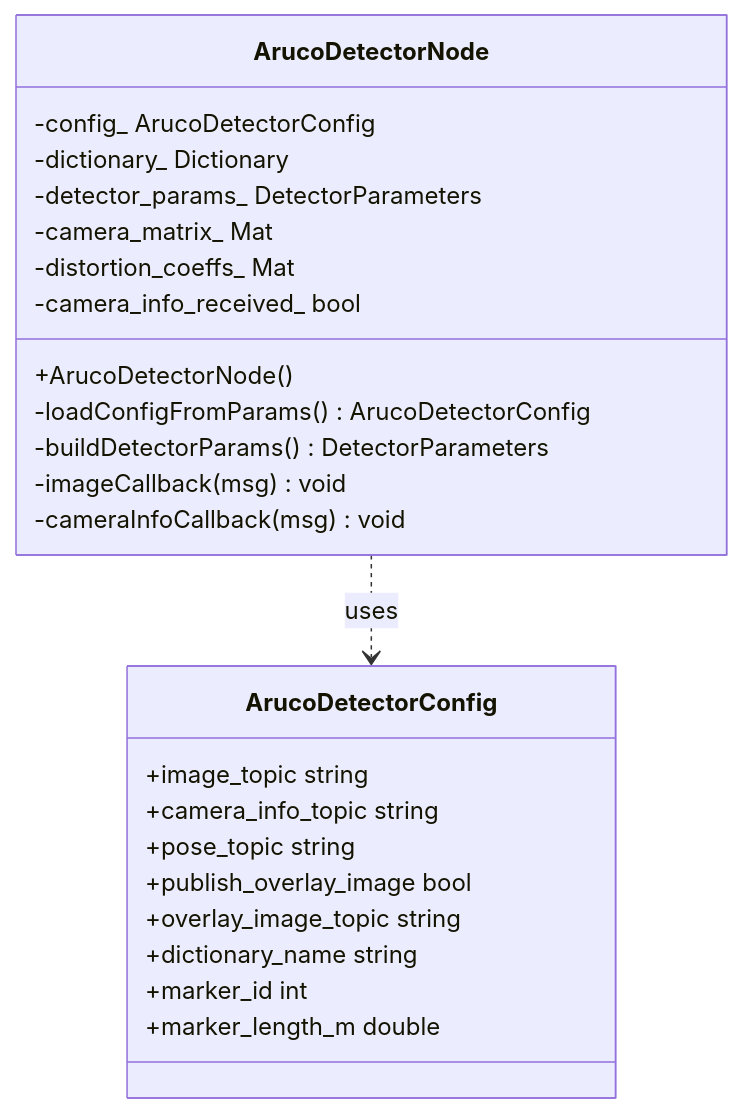
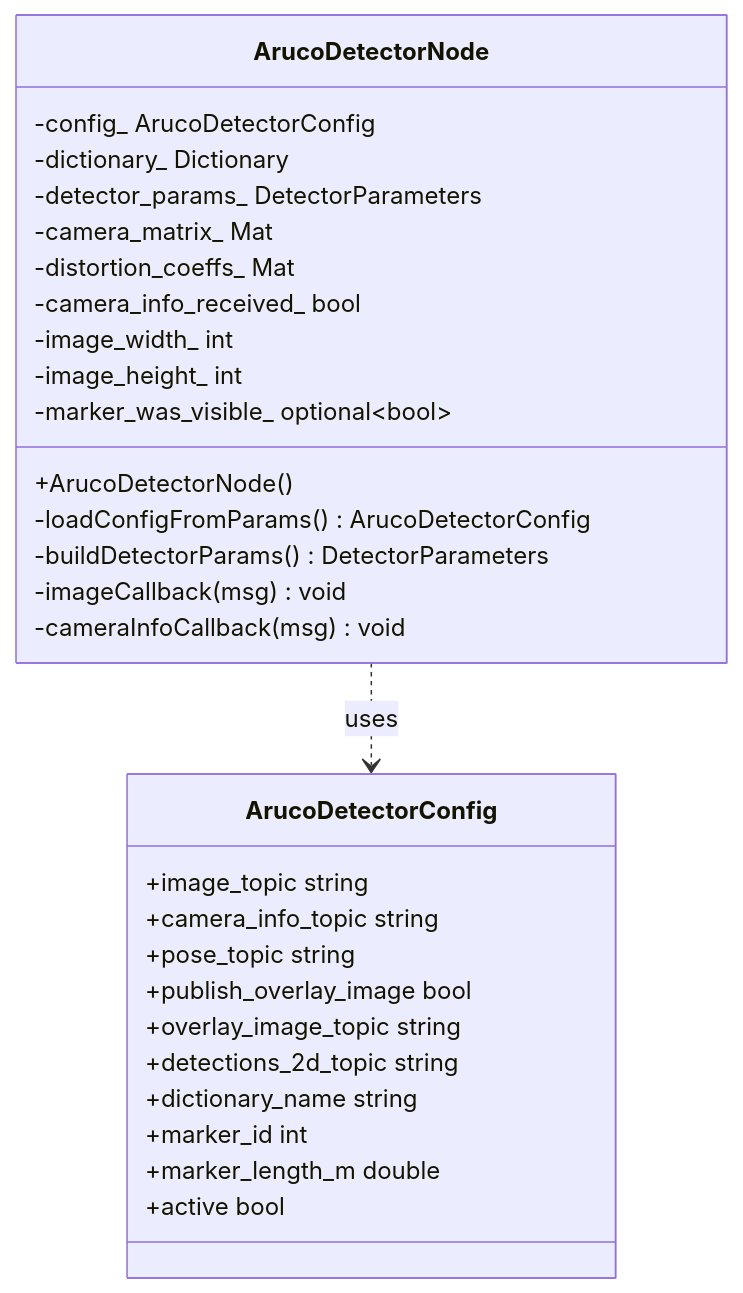
Before and after one commit to tesarect/aruco_visual_calibration: the second of 5 diagrams in resources/docs/class_docs/aruco_perception.md, drawn with Mermaid. The commit also changed other lines of this file and 109 other files, not shown here.

````diff
--- a/resources/docs/class_docs/aruco_perception.md
+++ b/resources/docs/class_docs/aruco_perception.md
@@ -72,27 +72,32 @@
 ```mermaid
 classDiagram
     class ArucoDetectorNode {
         +ArucoDetectorNode()
         -loadConfigFromParams() ArucoDetectorConfig
         -buildDetectorParams() DetectorParameters
         -imageCallback(msg) void
         -cameraInfoCallback(msg) void
         -config_ ArucoDetectorConfig
         -dictionary_ Dictionary
         -detector_params_ DetectorParameters
         -camera_matrix_ Mat
         -distortion_coeffs_ Mat
         -camera_info_received_ bool
+        -image_width_ int
+        -image_height_ int
+        -marker_was_visible_ optional~bool~
     }
     class ArucoDetectorConfig {
         +image_topic string
         +camera_info_topic string
         +pose_topic string
         +publish_overlay_image bool
         +overlay_image_topic string
+        +detections_2d_topic string
         +dictionary_name string
         +marker_id int
         +marker_length_m double
+        +active bool
     }
     ArucoDetectorNode ..> ArucoDetectorConfig : uses
 ```
````
